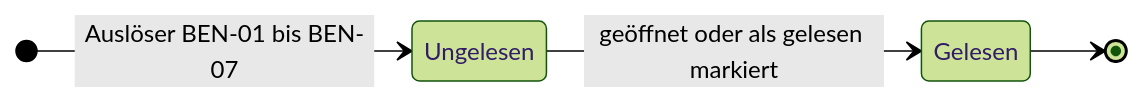
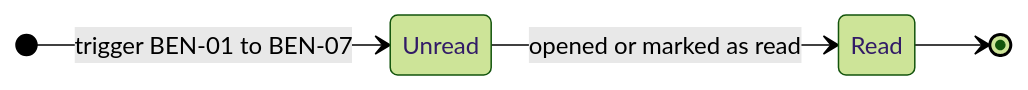
One commit to cyrilleulmi/StvBeroPlatform changed the seventh of 13 diagrams in docs/states.md. Above: the diagram before and after it, drawn with Mermaid (forest theme). The commit also changed other lines of this file and 19 other files, not shown here.

````diff
--- a/docs/states.md
+++ b/docs/states.md
@@ -181,7 +183,7 @@
 ```mermaid
 stateDiagram-v2
     direction LR
-    [*] --> Ungelesen: Auslöser BEN-01 bis BEN-07
-    Ungelesen --> Gelesen: geöffnet oder als gelesen markiert
-    Gelesen --> [*]
+    [*] --> Unread: trigger BEN-01 to BEN-07
+    Unread --> Read: opened or marked as read
+    Read --> [*]
 ```
````
